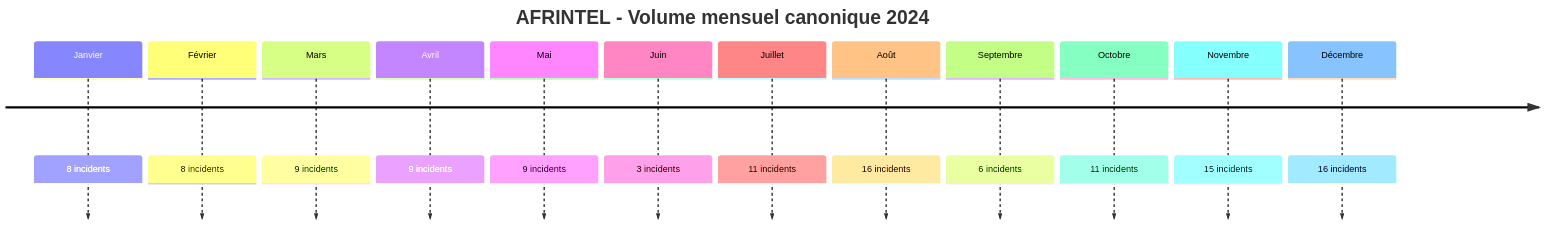
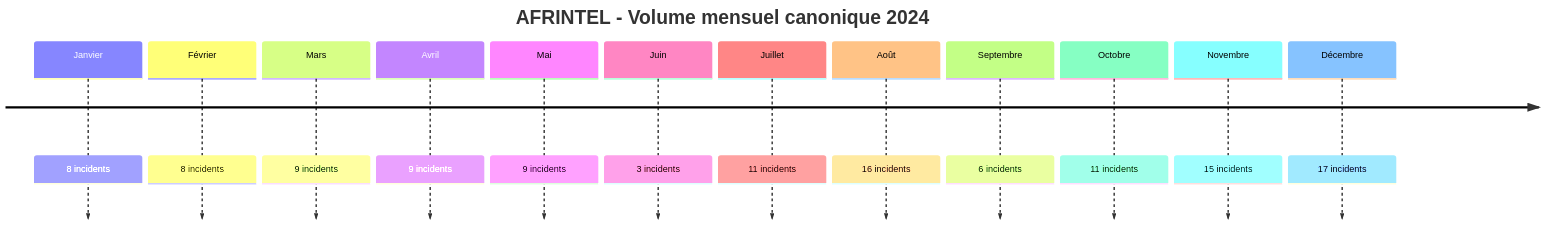
The first of 2 diagrams in CyberAttackAfrica/2024/README_FR.md (Hatchepsoute/AFRINTEL), drawn with Mermaid before and after one commit. The commit also changed other lines of this file and 90 other files, not shown here.

````diff
--- a/CyberAttackAfrica/2024/README_FR.md
+++ b/CyberAttackAfrica/2024/README_FR.md
@@ -52,16 +56,16 @@
 ```mermaid
 timeline
     title AFRINTEL - Volume mensuel canonique 2024
     Janvier : 8 incidents
     Février : 8 incidents
     Mars : 9 incidents
     Avril : 9 incidents
     Mai : 9 incidents
     Juin : 3 incidents
     Juillet : 11 incidents
     Août : 16 incidents
     Septembre : 6 incidents
     Octobre : 11 incidents
     Novembre : 15 incidents
-    Décembre : 16 incidents
+    Décembre : 17 incidents
 ```
````
